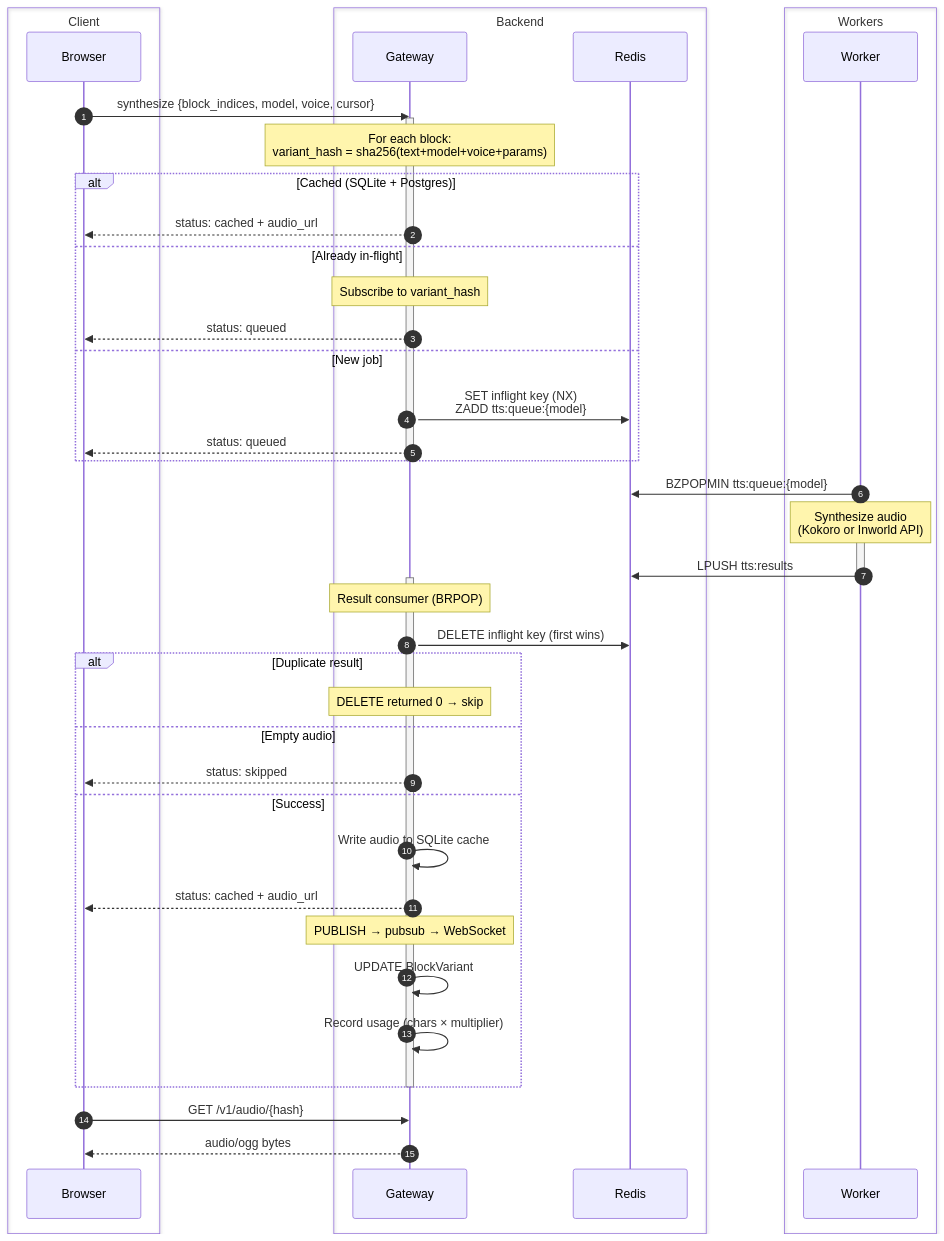
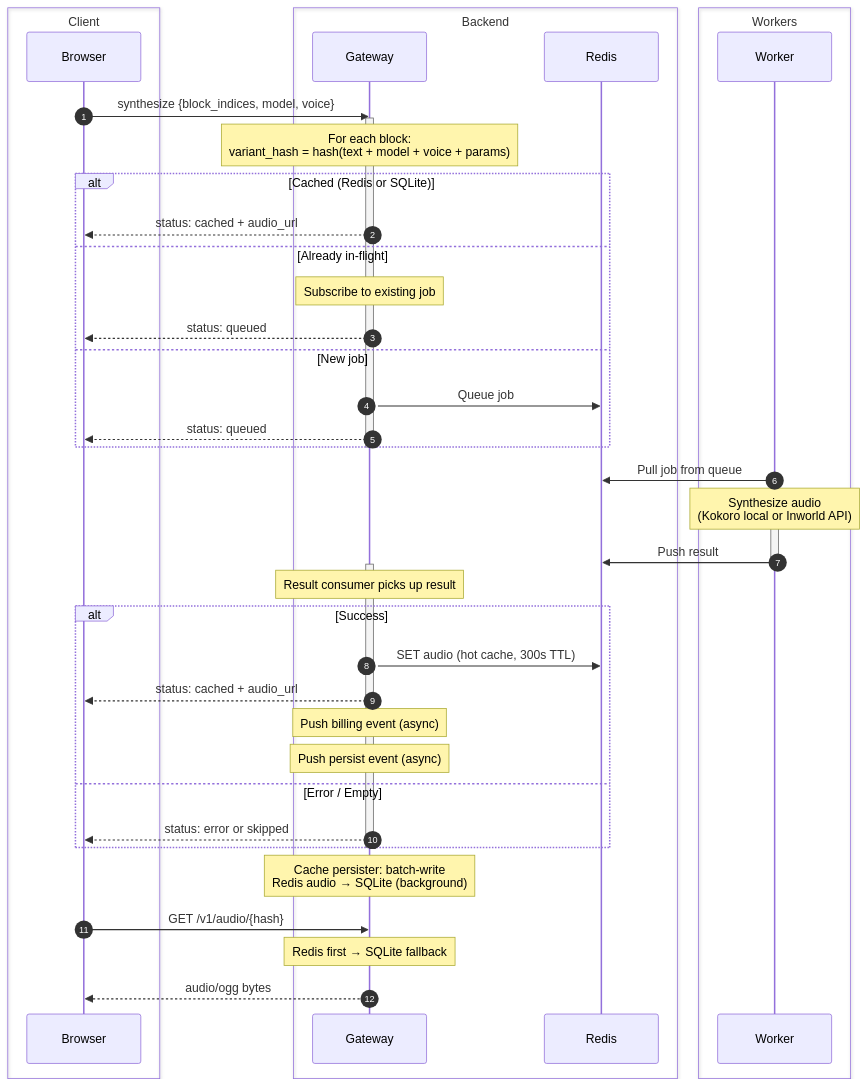
The fifth of 7 diagrams in docs/architecture.md (yapit-tts/yapit), drawn with Mermaid before and after one commit. The commit also changed other lines of this file and 2 other files, not shown here.

First line of the commit message:
docs: rewrite architecture.md — trim implementation detail, update diagrams

````diff
--- a/docs/architecture.md
+++ b/docs/architecture.md
@@ -234,57 +184,56 @@
 ```mermaid
 sequenceDiagram
     autonumber
 
     box Client
         participant Browser
     end
     box Backend
         participant Gateway
         participant Redis
     end
     box Workers
         participant Worker
     end
 
-    Browser->>Gateway: synthesize {block_indices, model, voice, cursor}
+    Browser->>Gateway: synthesize {block_indices, model, voice}
     activate Gateway
 
-    Note over Gateway: For each block:<br/>variant_hash = sha256(text+model+voice+params)
+    Note over Gateway: For each block:<br/>variant_hash = hash(text + model + voice + params)
 
-    alt Cached (SQLite + Postgres)
+    alt Cached (Redis or SQLite)
         Gateway-->>Browser: status: cached + audio_url
     else Already in-flight
-        Note over Gateway: Subscribe to variant_hash
+        Note over Gateway: Subscribe to existing job
         Gateway-->>Browser: status: queued
     else New job
-        Gateway->>Redis: SET inflight key (NX)<br/>ZADD tts:queue:{model}
+        Gateway->>Redis: Queue job
         Gateway-->>Browser: status: queued
     end
     deactivate Gateway
 
-    Worker->>Redis: BZPOPMIN tts:queue:{model}
+    Worker->>Redis: Pull job from queue
     activate Worker
-    Note over Worker: Synthesize audio<br/>(Kokoro or Inworld API)
-    Worker->>Redis: LPUSH tts:results
+    Note over Worker: Synthesize audio<br/>(Kokoro local or Inworld API)
+    Worker->>Redis: Push result
     deactivate Worker
 
     activate Gateway
-    Note over Gateway: Result consumer (BRPOP)
-    Gateway->>Redis: DELETE inflight key (first wins)
+    Note over Gateway: Result consumer picks up result
 
-    alt Duplicate result
-        Note over Gateway: DELETE returned 0 → skip
-    else Empty audio
-        Gateway-->>Browser: status: skipped
-    else Success
-        Gateway->>Gateway: Write audio to SQLite cache
+    alt Success
+        Gateway->>Redis: SET audio (hot cache, 300s TTL)
         Gateway-->>Browser: status: cached + audio_url
-        Note over Gateway: PUBLISH → pubsub → WebSocket
-        Gateway->>Gateway: UPDATE BlockVariant
-        Gateway->>Gateway: Record usage (chars × multiplier)
+        Note over Gateway: Push billing event (async)
+        Note over Gateway: Push persist event (async)
+    else Error / Empty
+        Gateway-->>Browser: status: error or skipped
     end
     deactivate Gateway
 
+    Note over Gateway: Cache persister: batch-write<br/>Redis audio → SQLite (background)
+
     Browser->>Gateway: GET /v1/audio/{hash}
+    Note over Gateway: Redis first → SQLite fallback
     Gateway-->>Browser: audio/ogg bytes
 ```
````
